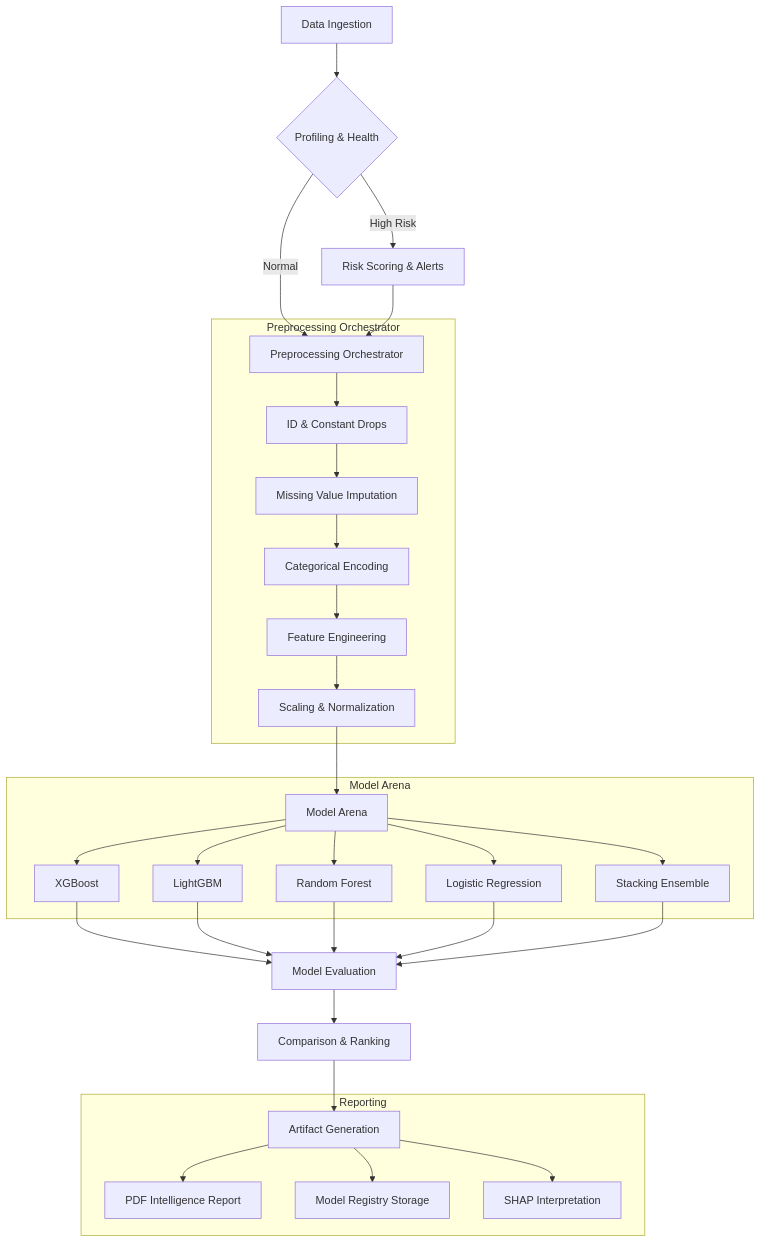
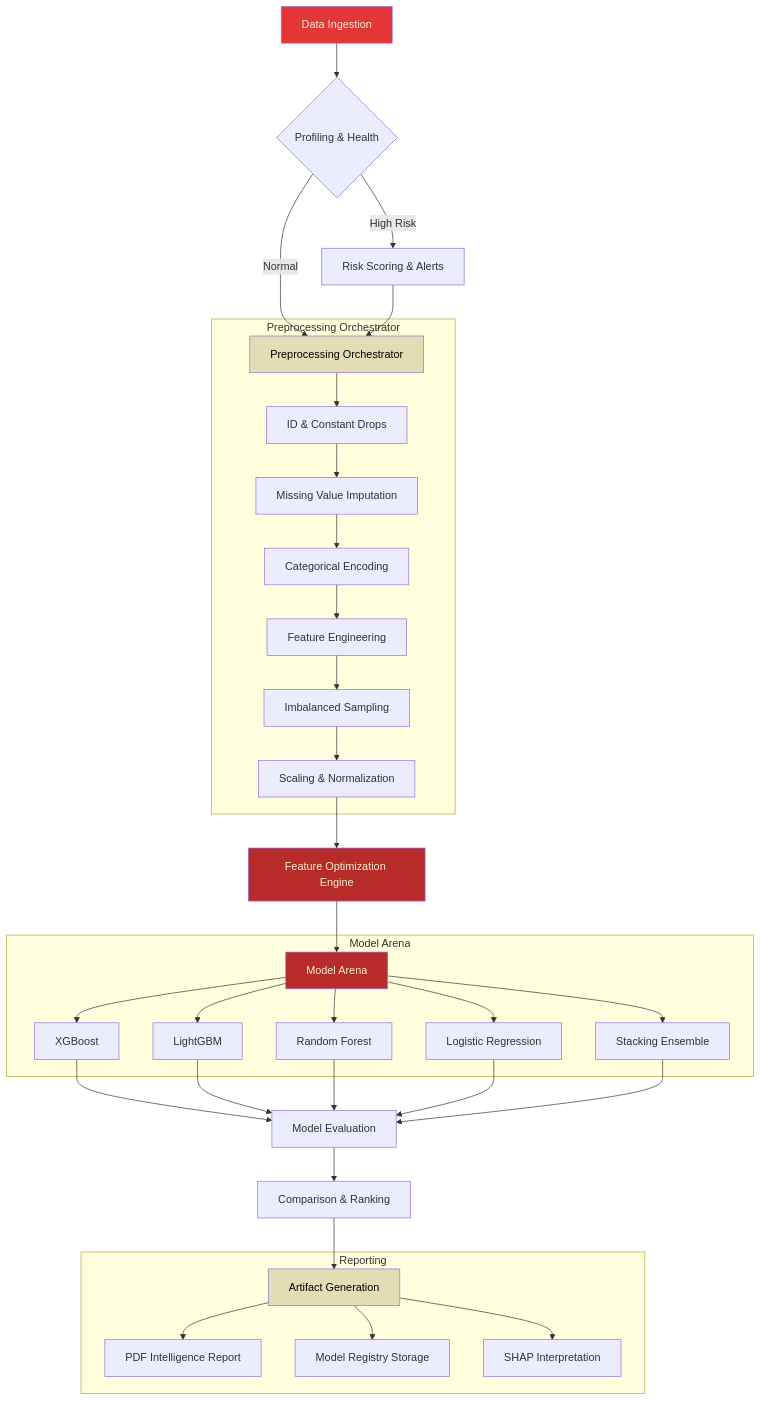
Before and after one commit to GhulamMuhammadNabeel/OctoLearn: the first of 2 diagrams in docs/architecture.md, drawn with Mermaid. The commit also changed other lines of this file and 25 other files, not shown here.

Commit message:
feat: Establish initial OctoLearn project structure with core library, comprehensive documentation, model registry, and feature optimization.

````diff
--- a/docs/architecture.md
+++ b/docs/architecture.md
@@ -13,35 +13,44 @@
 ```mermaid
 graph TD
     A[Data Ingestion] --> B{Profiling & Health};
     B -->|High Risk| C[Risk Scoring & Alerts];
     B -->|Normal| D[Preprocessing Orchestrator];
     C --> D;
     
     subgraph "Preprocessing Orchestrator"
     D --> D1[ID & Constant Drops];
     D1 --> D2[Missing Value Imputation];
     D2 --> D3[Categorical Encoding];
     D3 --> D4[Feature Engineering];
-    D4 --> D5[Scaling & Normalization];
+    D4 --> D4a[Imbalanced Sampling];
+    D4a --> D5[Scaling & Normalization];
     end
     
-    D5 --> E[Model Arena];
+    D5 --> E0[Feature Optimization Engine];
+    E0 --> E[Model Arena];
     
     subgraph "Model Arena"
     E --> E1[XGBoost];
     E --> E2[LightGBM];
     E --> E3[Random Forest];
     E --> E4[Logistic Regression];
     E --> E5[Stacking Ensemble];
     end
     
     E1 & E2 & E3 & E4 & E5 --> F[Model Evaluation];
     F --> G[Comparison & Ranking];
     G --> H[Artifact Generation];
     
     subgraph "Reporting"
     H --> H1[PDF Intelligence Report];
     H --> H2[Model Registry Storage];
     H --> H3[SHAP Interpretation];
     end
+
+    %% Theme Styling
+    style A fill:#E43636,color:#F6EFD2
+    style E0 fill:#b82b2b,color:#F6EFD2
+    style E fill:#b82b2b,color:#F6EFD2
+    style H fill:#E2DDB4,color:#000000
+    style D fill:#E2DDB4,color:#000000
 ```
````
